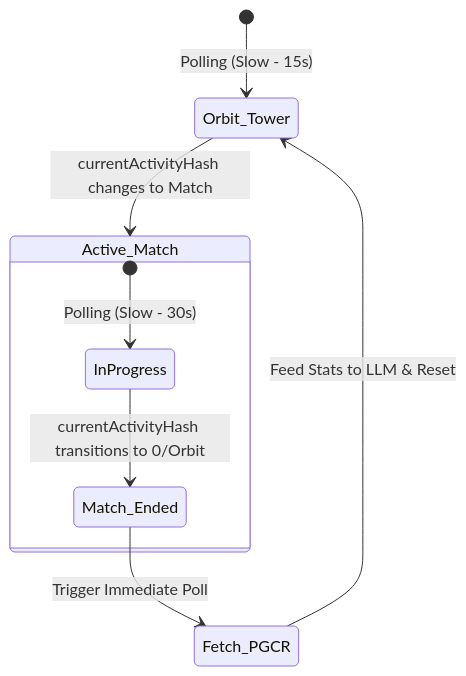
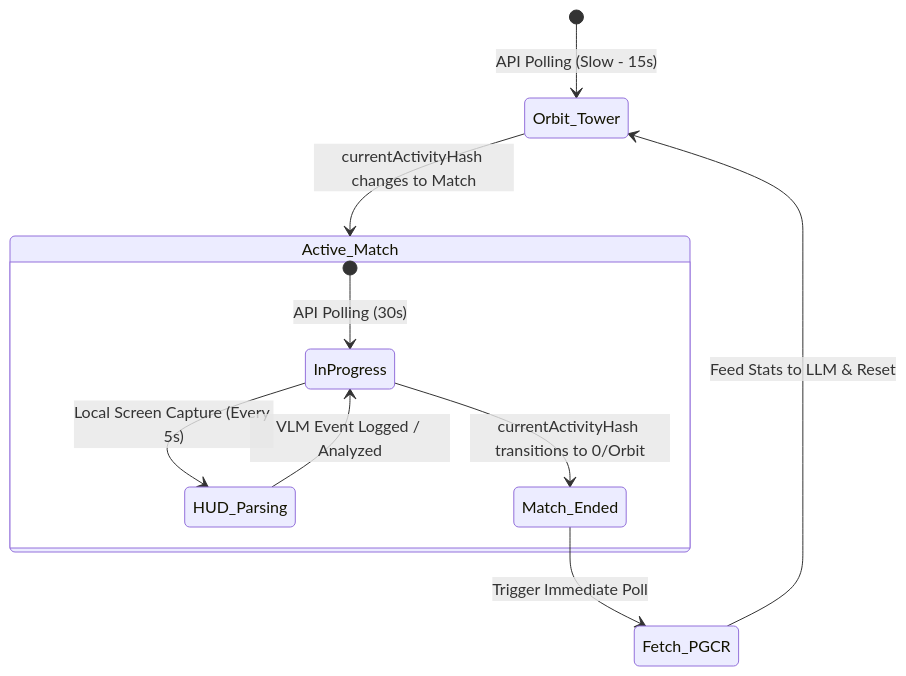
Before and after one commit to gg582/airi: the second of 2 diagrams in docs/proposal-destiny2-plugin.md, drawn with Mermaid. The commit also changed other lines of this file, not shown here.

Commit message:
docs: add WebGPU FastVLM HUD tracking and in-game event payload specifications

````diff
--- a/docs/proposal-destiny2-plugin.md
+++ b/docs/proposal-destiny2-plugin.md
@@ -60,13 +61,15 @@
 ```mermaid
 stateDiagram-v2
-    [*] --> Orbit_Tower : Polling (Slow - 15s)
+    [*] --> Orbit_Tower : API Polling (Slow - 15s)
     Orbit_Tower --> Active_Match : currentActivityHash changes to Match
 
     state Active_Match {
-        [*] --> InProgress : Polling (Slow - 30s)
+        [*] --> InProgress : API Polling (30s)
+        InProgress --> HUD_Parsing : Local Screen Capture (Every 5s)
+        HUD_Parsing --> InProgress : VLM Event Logged / Analyzed
         InProgress --> Match_Ended : currentActivityHash transitions to 0/Orbit
     }
 
     Match_Ended --> Fetch_PGCR : Trigger Immediate Poll
     Fetch_PGCR --> Orbit_Tower : Feed Stats to LLM & Reset
 ```
````
